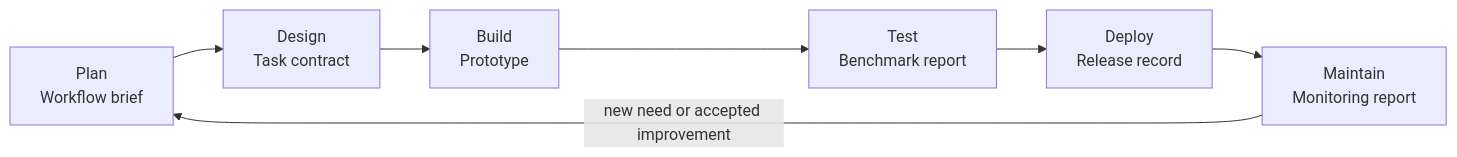
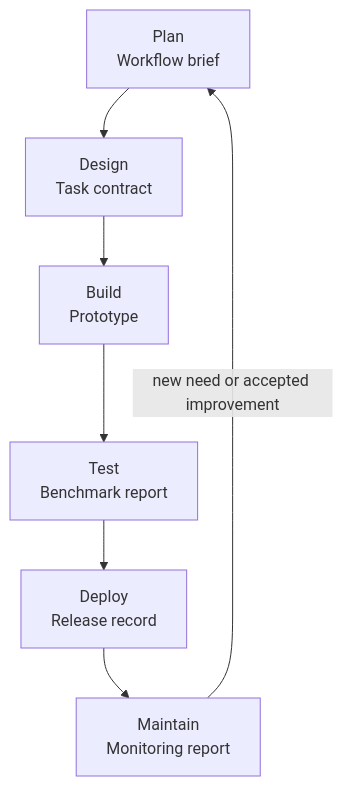
One commit to elong0527/ai4csr changed the diagram in 05-ai-first-sdlc.qmd. Above: the diagram before and after it, drawn with Mermaid. The commit also changed other lines of this file and 4 other files, not shown here.

````diff
--- a/05-ai-first-sdlc.qmd
+++ b/05-ai-first-sdlc.qmd
@@ -67,11 +67,11 @@
 ```{mermaid}
 %%| label: fig-ai-first-sdlc
 %%| fig-cap: "The AI-first SDLC is a loop connected by six accepted artifacts."
-flowchart LR
+flowchart TB
   P["Plan<br/>Workflow brief"] --> D["Design<br/>Task contract"]
   D --> B["Build<br/>Prototype"]
   B --> T["Test<br/>Benchmark report"]
   T --> O["Deploy<br/>Release record"]
   O --> M["Maintain<br/>Monitoring report"]
   M -->|new need or accepted improvement| P
 ```
````
